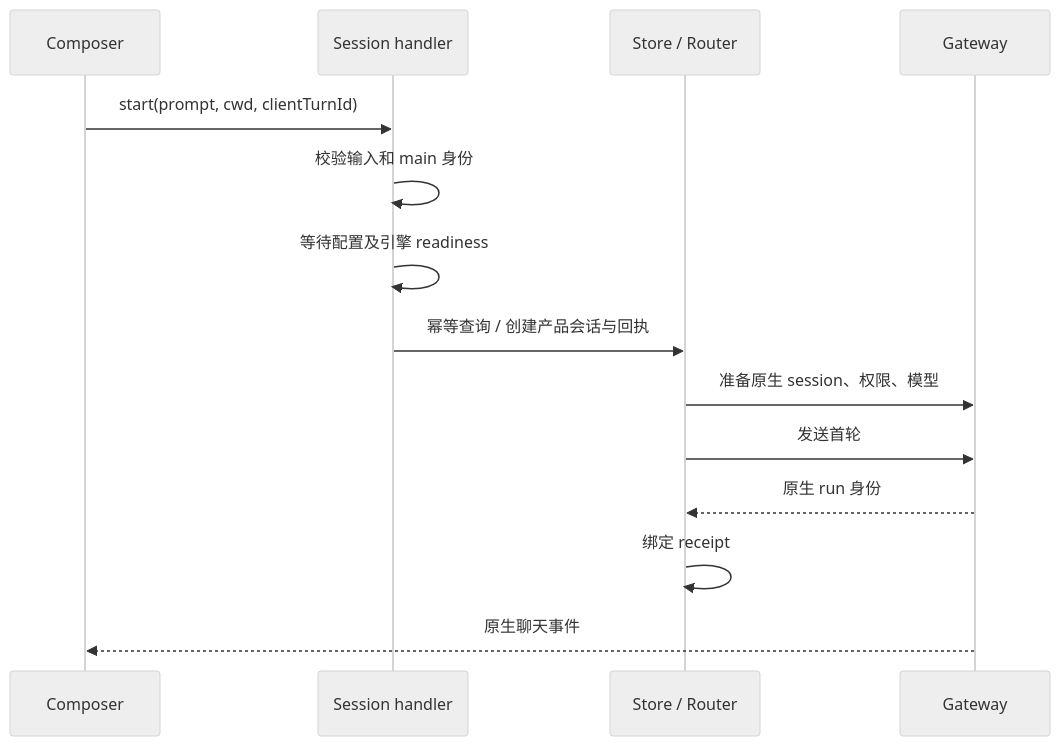
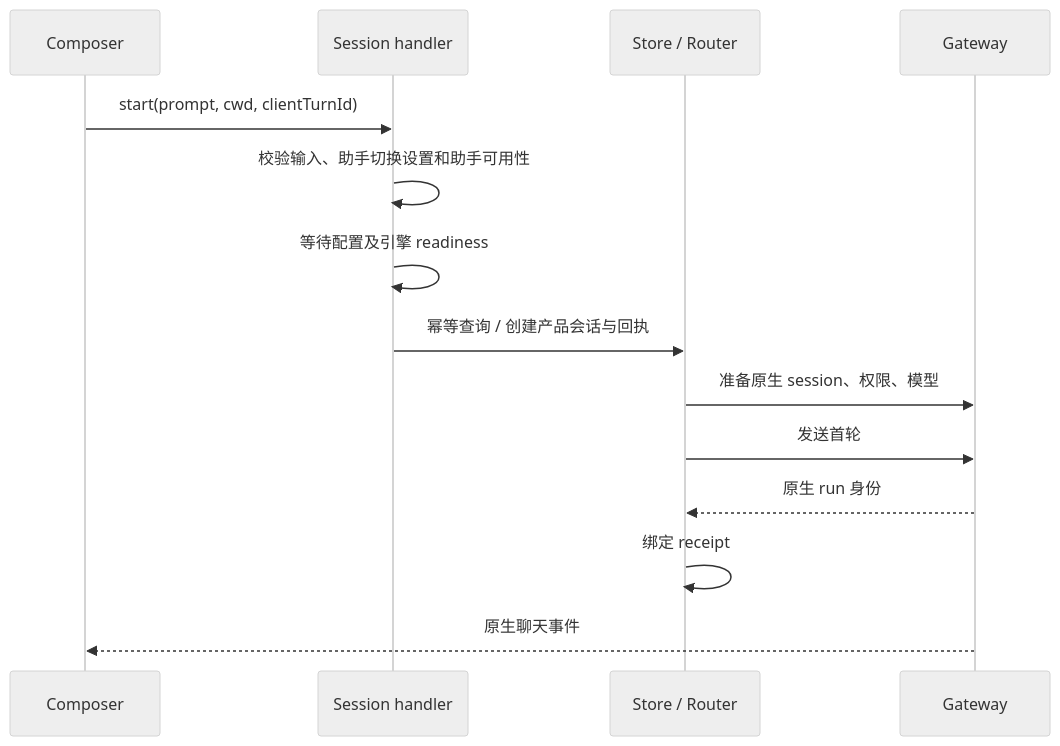
The first of 2 diagrams in docs/architecture/04-cowork-system.md (liangxhao/JustDo), drawn with Mermaid (neutral theme) before and after one commit. The commit also changed other lines of this file and 43 other files, not shown here.

````diff
--- a/docs/architecture/04-cowork-system.md
+++ b/docs/architecture/04-cowork-system.md
@@ -24,16 +24,16 @@
 ```mermaid
 sequenceDiagram
   participant UI as Composer
   participant H as Session handler
   participant S as Store / Router
   participant G as Gateway
   UI->>H: start(prompt, cwd, clientTurnId)
-  H->>H: 校验输入和 main 身份
+  H->>H: 校验输入、助手切换设置和助手可用性
   H->>H: 等待配置及引擎 readiness
   H->>S: 幂等查询 / 创建产品会话与回执
   S->>G: 准备原生 session、权限、模型
   S->>G: 发送首轮
   G-->>S: 原生 run 身份
   S->>S: 绑定 receipt
   G-->>UI: 原生聊天事件
 ```
````
